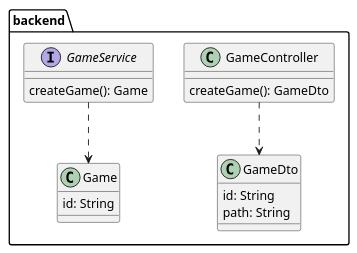
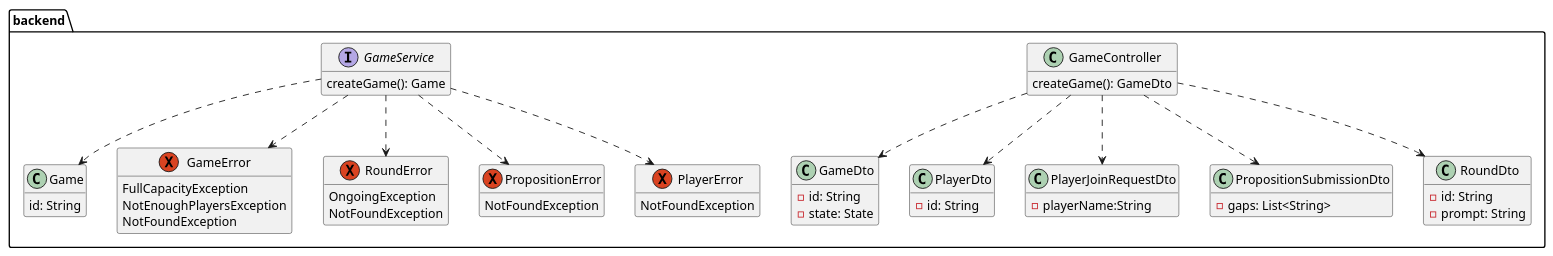
Before and after one commit to patrickwinti/worldwidewalter: the diagram in docs/diagrams/class_diagramm.plantuml, drawn with PlantUML.

Commit message:
[WWW-29] adds classes

```diff
--- a/docs/diagrams/class_diagramm.plantuml
+++ b/docs/diagrams/class_diagramm.plantuml
@@ -1,21 +1,58 @@
 @startuml
 package backend{
+    hide empty members
     class GameController{
       createGame(): GameDto
     }
     class GameDto{
-        id: String
-        path: String
+        -id: String
+        -state: State
     }
     class Game{
         id: String
     }
     interface GameService{
         createGame(): Game
     }
+    class PlayerDto{
+        -id: String
+    }
+    class PlayerJoinRequestDto{
+        -playerName:String
+    }
+    class PropositionSubmissionDto{
+        -gaps: List<String>
+    }
+    class RoundDto{
+        -id: String
+        -prompt: String
+    }
+    exception GameError{
+        FullCapacityException
+        NotEnoughPlayersException
+        NotFoundException
+    }
+    exception RoundError{
+        OngoingException
+        NotFoundException
+    }
+    exception PropositionError{
+        NotFoundException
+    }
+    exception PlayerError{
+        NotFoundException
+    }
 
+    GameController..>PlayerDto
+    GameController..>PlayerJoinRequestDto
+    GameController..>PropositionSubmissionDto
+    GameController..>RoundDto
 
     GameController ..> GameDto
     GameService ..> Game
+    GameService ..> GameError
+    GameService ..> RoundError
+    GameService ..> PlayerError
+    GameService ..> PropositionError
 }
 @enduml
```
